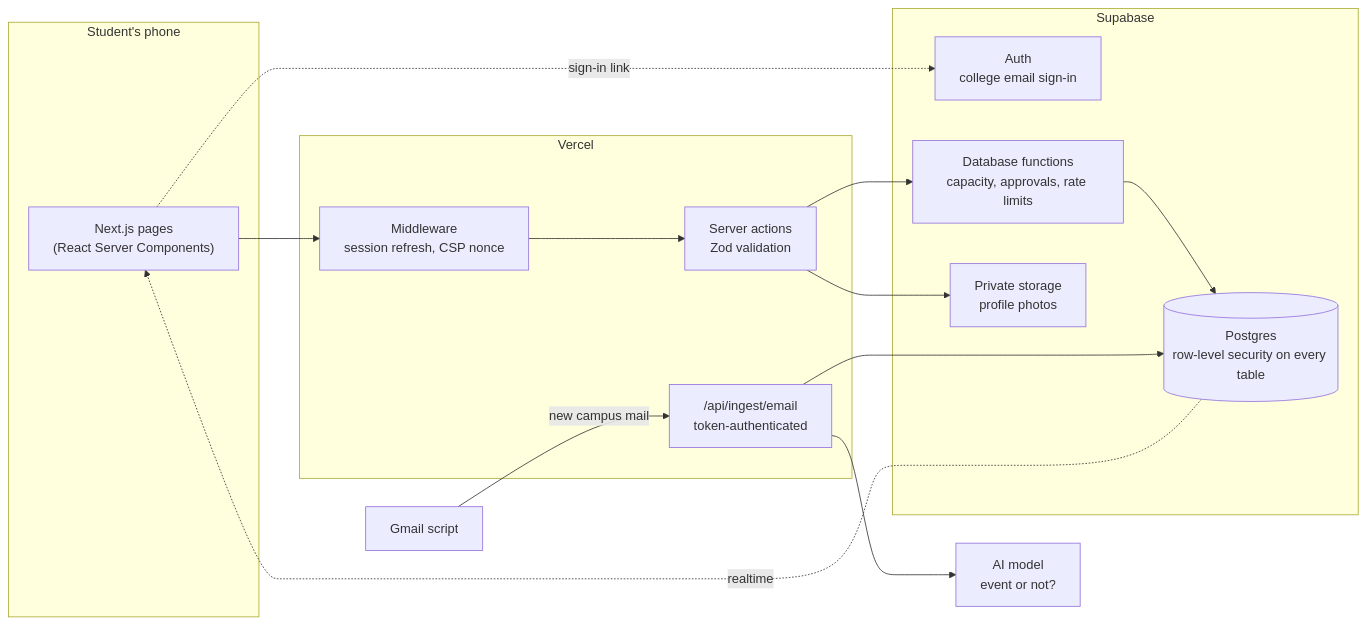
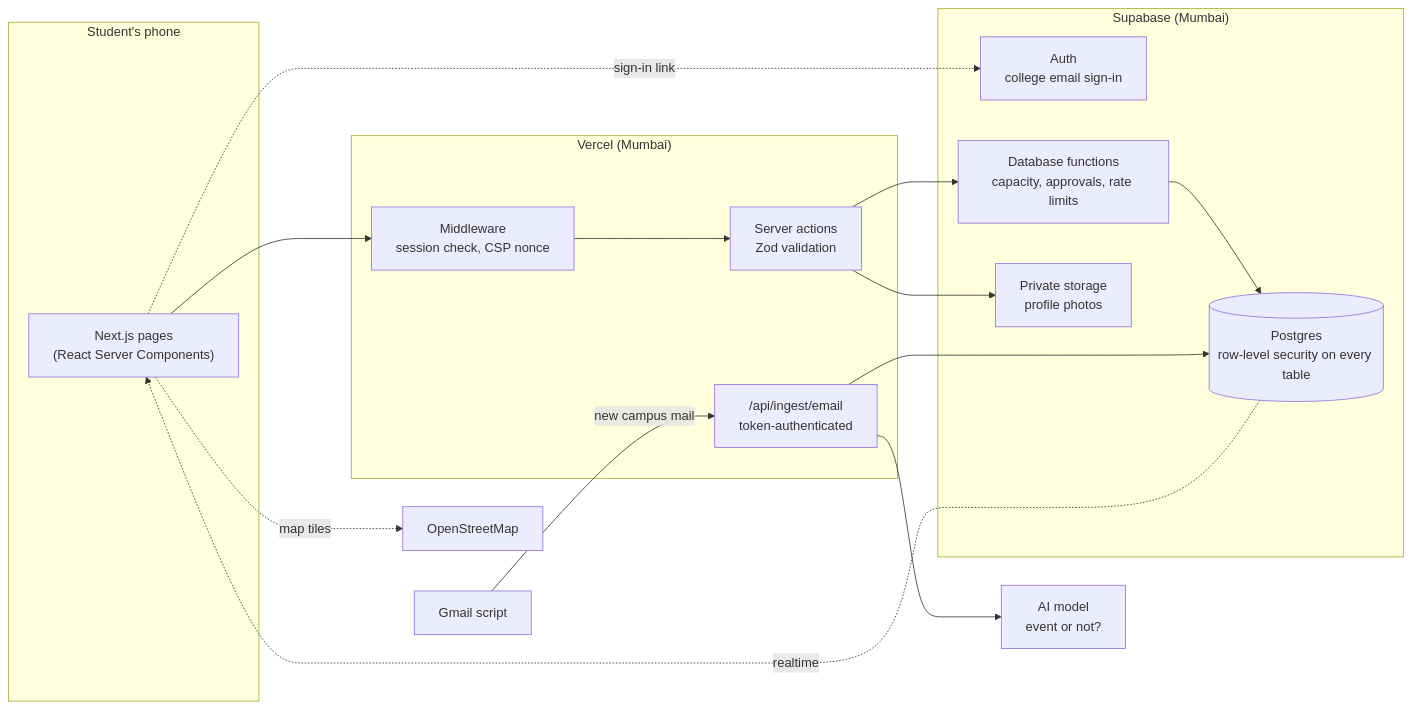
One commit to Pritam-chavhan/knot changed the diagram in README.md. Above: the diagram before and after it, drawn with Mermaid. The commit also changed other lines of this file and 26 other files, not shown here.

First line of the commit message:
Fence the map to the campus outline and refresh the repo

````diff
--- a/README.md
+++ b/README.md
@@ -78,25 +85,26 @@
 ```mermaid
 flowchart LR
   subgraph Phone["Student's phone"]
     UI["Next.js pages<br/>(React Server Components)"]
   end
-  subgraph Vercel
-    MW["Middleware<br/>session refresh, CSP nonce"]
+  subgraph Vercel["Vercel (Mumbai)"]
+    MW["Middleware<br/>session check, CSP nonce"]
     SA["Server actions<br/>Zod validation"]
     IN["/api/ingest/email<br/>token-authenticated"]
   end
-  subgraph Supabase
+  subgraph Supabase["Supabase (Mumbai)"]
     AUTH["Auth<br/>college email sign-in"]
     FN["Database functions<br/>capacity, approvals, rate limits"]
     DB[("Postgres<br/>row-level security on every table")]
     ST["Private storage<br/>profile photos"]
   end
   GM["Gmail script"] -->|new campus mail| IN
   IN --> AI["AI model<br/>event or not?"]
   UI --> MW --> SA
   SA --> FN --> DB
   SA --> ST
   IN --> DB
   UI -. sign-in link .-> AUTH
   DB -. realtime .-> UI
+  UI -. map tiles .-> OSM["OpenStreetMap"]
 ```
````
